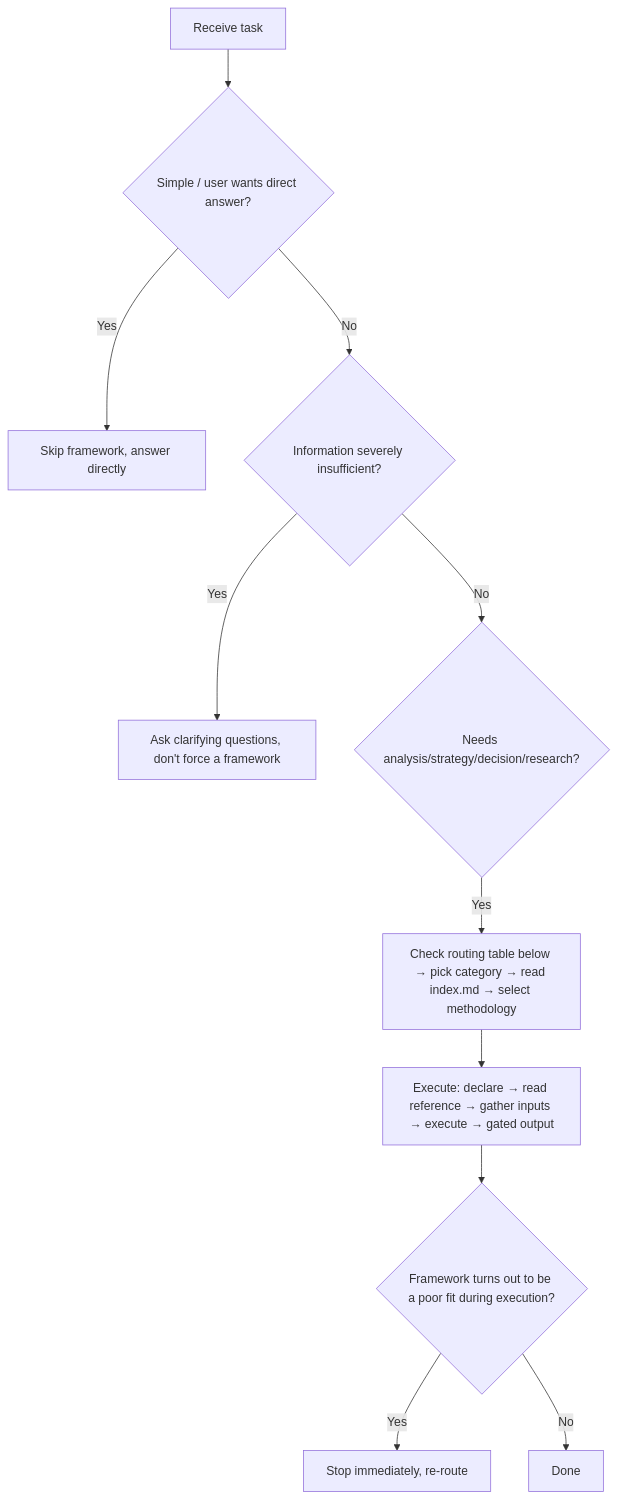
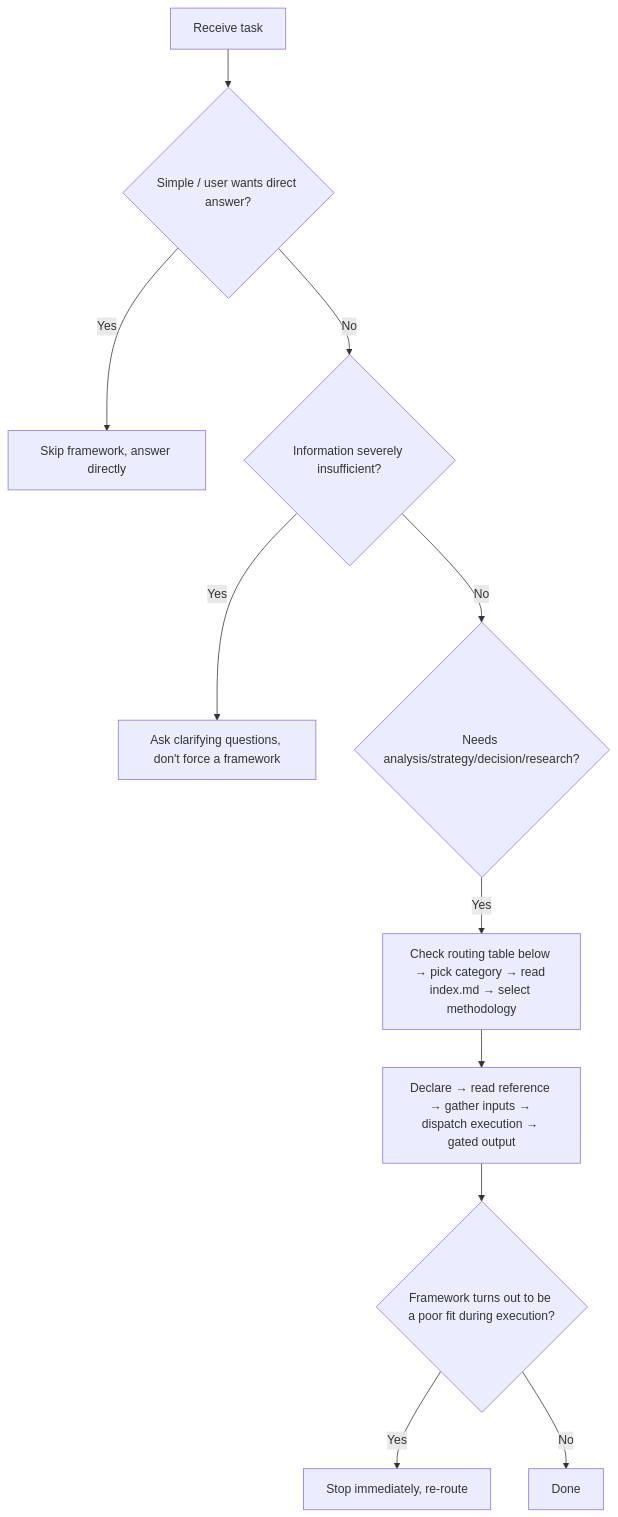
The diagram in SKILL.md (Kirky-X/kueiku), drawn with Mermaid before and after one commit. The commit also changed other lines of this file and 1 other file, not shown here.

````diff
--- a/SKILL.md
+++ b/SKILL.md
@@ -18,13 +18,13 @@
 ```mermaid
 flowchart TD
     A["Receive task"] --> B{"Simple / user wants direct answer?"}
     B -- Yes --> C["Skip framework, answer directly"]
     B -- No --> D{"Information severely insufficient?"}
     D -- Yes --> E["Ask clarifying questions, don't force a framework"]
     D -- No --> F{"Needs analysis/strategy/decision/research?"}
     F -- Yes --> G["Check routing table below → pick category → read index.md → select methodology"]
-    G --> H["Execute: declare → read reference → gather inputs → execute → gated output"]
+    G --> H["Declare → read reference → gather inputs → dispatch execution → gated output"]
     H --> I{"Framework turns out to be a poor fit during execution?"}
     I -- Yes --> J["Stop immediately, re-route"]
     I -- No --> K["Done"]
 ```
````
